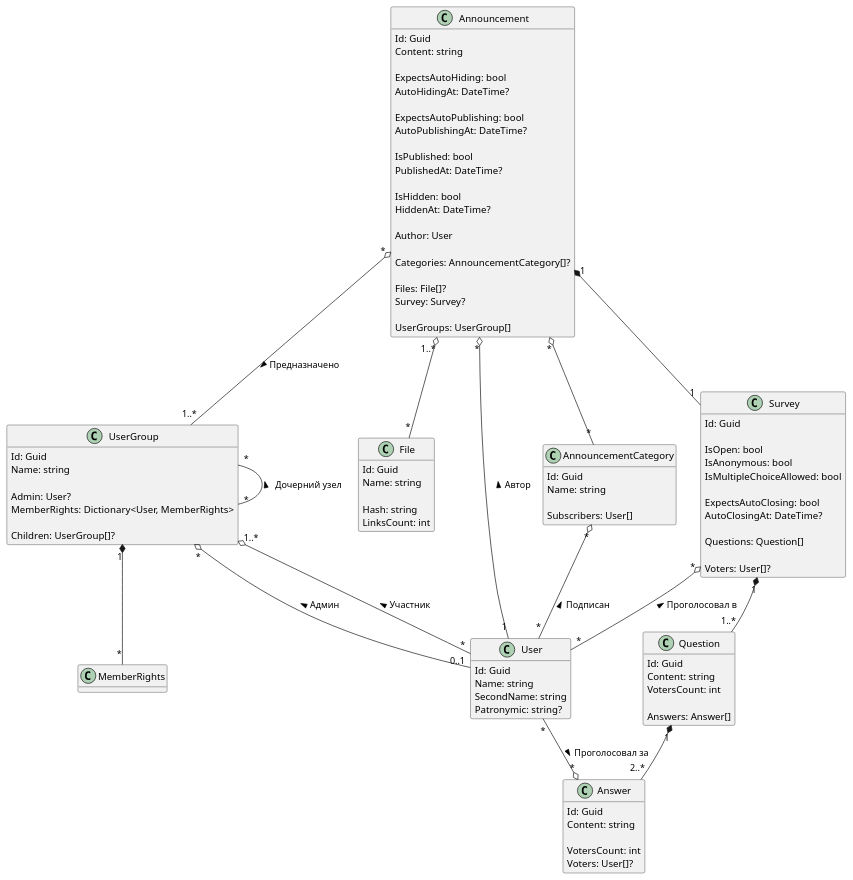
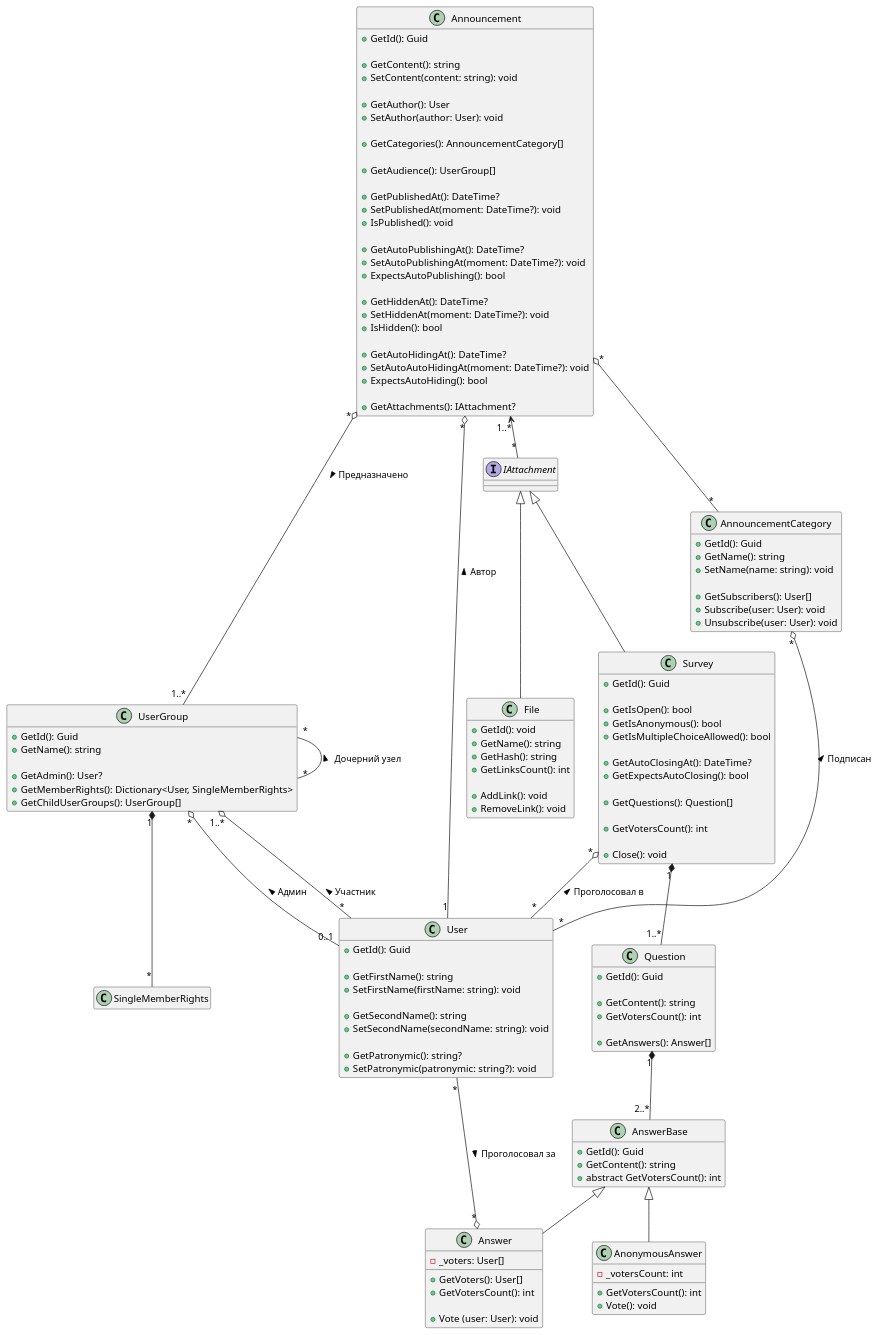
The diagram in doc/Диаграммы/class.puml (astu-app/ASTU-Bulletin-Board-Server), drawn with PlantUML before and after one commit.

Commit message:
заменил свойства на методы и проработал некоторые участки

```diff
--- a/doc/Диаграммы/class.puml
+++ b/doc/Диаграммы/class.puml
@@ -1,118 +1,160 @@
 @startuml
 'https://plantuml.com/class-diagram
 
 'left to right direction
 
-hide methods
-
 class Announcement {
-    Id: Guid
-    Content: string
+    + GetId(): Guid
     
-    ExpectsAutoHiding: bool
-    AutoHidingAt: DateTime?
+    + GetContent(): string
+    + SetContent(content: string): void
     
-    ExpectsAutoPublishing: bool
-    AutoPublishingAt: DateTime?
+    + GetAuthor(): User
+    + SetAuthor(author: User): void
     
-    IsPublished: bool
-    PublishedAt: DateTime?
+    + GetCategories(): AnnouncementCategory[] 
     
-    IsHidden: bool    
-    HiddenAt: DateTime?
+    + GetAudience(): UserGroup[]
     
-    Author: User
+    + GetPublishedAt(): DateTime?
+    + SetPublishedAt(moment: DateTime?): void
+    + IsPublished(): void
     
-    Categories: AnnouncementCategory[]?
+    + GetAutoPublishingAt(): DateTime?
+    + SetAutoPublishingAt(moment: DateTime?): void
+    + ExpectsAutoPublishing(): bool
     
-    Files: File[]?
-    Survey: Survey?
+    + GetHiddenAt(): DateTime?
+    + SetHiddenAt(moment: DateTime?): void
+    + IsHidden(): bool
     
-    UserGroups: UserGroup[]
+    + GetAutoHidingAt(): DateTime?
+    + SetAutoAutoHidingAt(moment: DateTime?): void
+    + ExpectsAutoHiding(): bool
+    
+    + GetAttachments(): IAttachment?
 }
+hide Announcement fields
 
 class AnnouncementCategory {
-    Id: Guid
-    Name: string
+    + GetId(): Guid
+    + GetName(): string
+    + SetName(name: string): void
     
-    Subscribers: User[]
+    + GetSubscribers(): User[]
+    + Subscribe(user: User): void
+    + Unsubscribe(user: User): void
 }
+hide AnnouncementCategory fields
 Announcement "*" o-- "*" AnnouncementCategory
 
-class File {
-    Id: Guid
-    Name: string
+interface IAttachment {
     
-    Hash: string
-    LinksCount: int
 }
-Announcement "1..*" o-- "*" File
+Announcement "1..*" <-- "*" IAttachment
+
+class File extends IAttachment {
+    + GetId(): void
+    + GetName(): string    
+    + GetHash(): string
+    + GetLinksCount(): int
+    
+    + AddLink(): void
+    + RemoveLink(): void
+}
+hide File fields
 
 class UserGroup {
-    Id: Guid
-    Name: string
+    + GetId(): Guid
+    + GetName(): string
     
-    Admin: User?
-    MemberRights: Dictionary<User, MemberRights>
-    
-    Children: UserGroup[]?
+    + GetAdmin(): User?
+    + GetMemberRights(): Dictionary<User, SingleMemberRights>
+    + GetChildUserGroups(): UserGroup[]
 }
+hide UserGroup fields
 UserGroup "*" -- "*" UserGroup : < Дочерний узел
 Announcement "*" o-- "1..*" UserGroup : > Предназначено
 
-class MemberRights {
+class SingleMemberRights {
     ' todo продумать права
 }
-UserGroup "1" *-- "*" MemberRights
+hide SingleMemberRights members
+UserGroup "1" *-- "*" SingleMemberRights
 
 class User {
-    Id: Guid
-    Name: string
-    SecondName: string
-    Patronymic: string?
+    + GetId(): Guid
+    
+    + GetFirstName(): string
+    + SetFirstName(firstName: string): void
+    
+    + GetSecondName(): string
+    + SetSecondName(secondName: string): void
+    
+    + GetPatronymic(): string?
+    + SetPatronymic(patronymic: string?): void
 }
+hide User fields
 UserGroup "*" o-- "0..1" User : < Админ
 UserGroup "1..*" o-- "*" User : < Участник
 Announcement "*" o-- "1" User : < Автор
 AnnouncementCategory "*" o-- "*" User : < Подписан
 Survey "*" o-- "*" User : < Проголосовал в 
 
-class Survey {
-    Id: Guid
-    
-    IsOpen: bool
-    IsAnonymous: bool
-    IsMultipleChoiceAllowed: bool
-    
-    ExpectsAutoClosing: bool
-    AutoClosingAt: DateTime?
-    
-    Questions: Question[]
-    
-    Voters: User[]?
+class Survey extends IAttachment {
+     + GetId(): Guid
+     
+     + GetIsOpen(): bool
+     + GetIsAnonymous(): bool
+     + GetIsMultipleChoiceAllowed(): bool
+     
+     + GetAutoClosingAt(): DateTime?
+     + GetExpectsAutoClosing(): bool
+     
+     + GetQuestions(): Question[]
+     
+     + GetVotersCount(): int
+     
+     + Close(): void
 }
-Announcement "1" *-- "1" Survey
-'User "*" -- "*" Survey
+hide Survey fields
 
 class Question {
-    Id: Guid
-    Content: string
-    VotersCount: int
+    + GetId(): Guid
     
-    Answers: Answer[]
+    + GetContent(): string
+    + GetVotersCount(): int
+    
+    + GetAnswers(): Answer[]
 }
+hide Question fields
 Survey "1" *-- "1..*" Question
 
-class Answer {
-    Id: Guid
-    Content: string
+class AnswerBase {
+    + GetId(): Guid
+    + GetContent(): string
+    + abstract GetVotersCount(): int
+}
+hide AnswerBase fields
+Question "1" *-- "2..*" AnswerBase
+
+class Answer extends AnswerBase {
+    - _voters: User[]
     
-    VotersCount: int
-    Voters: User[]?
+    + GetVoters(): User[]
+    + GetVotersCount(): int
+    
+    + Vote (user: User): void
 }
-Question "1" *-- "2..*" Answer
 User "*" --o "*" Answer : > Проголосовал за
+
+class AnonymousAnswer extends AnswerBase {
+    - _votersCount: int
+
+    + GetVotersCount(): int
+    + Vote(): void
+}
 
 
 
 @enduml
```
